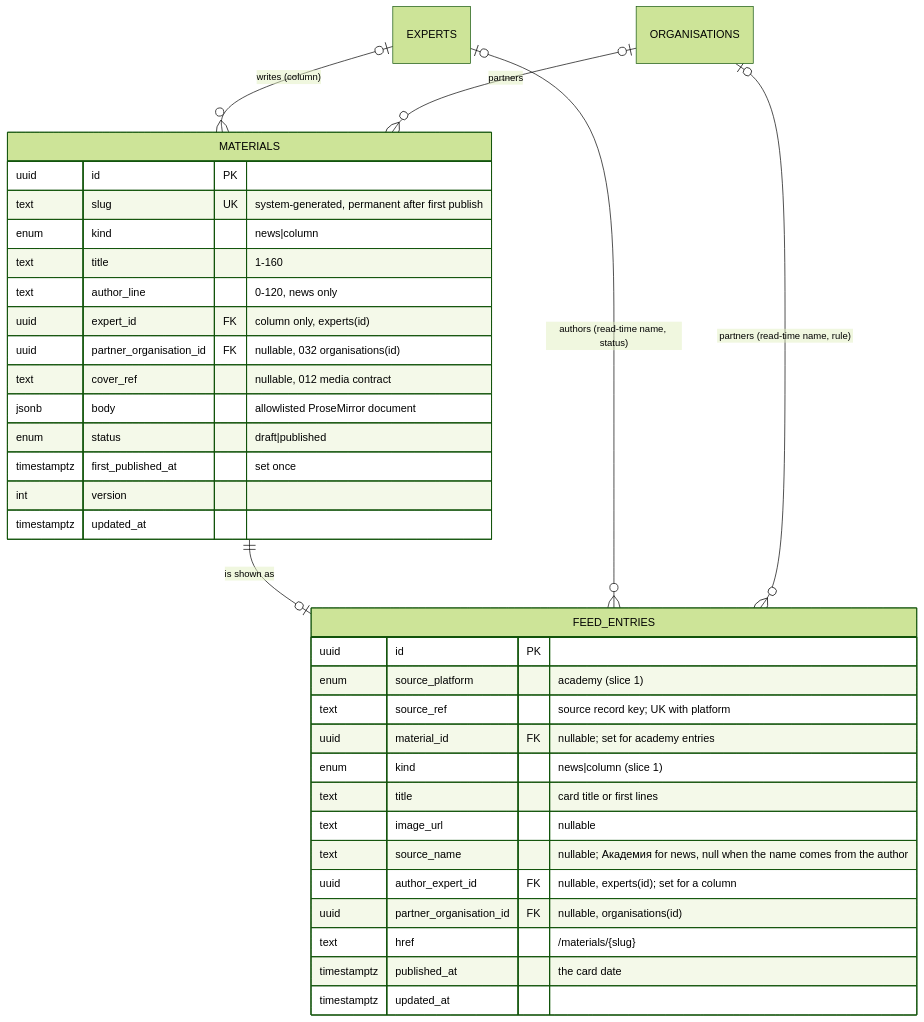
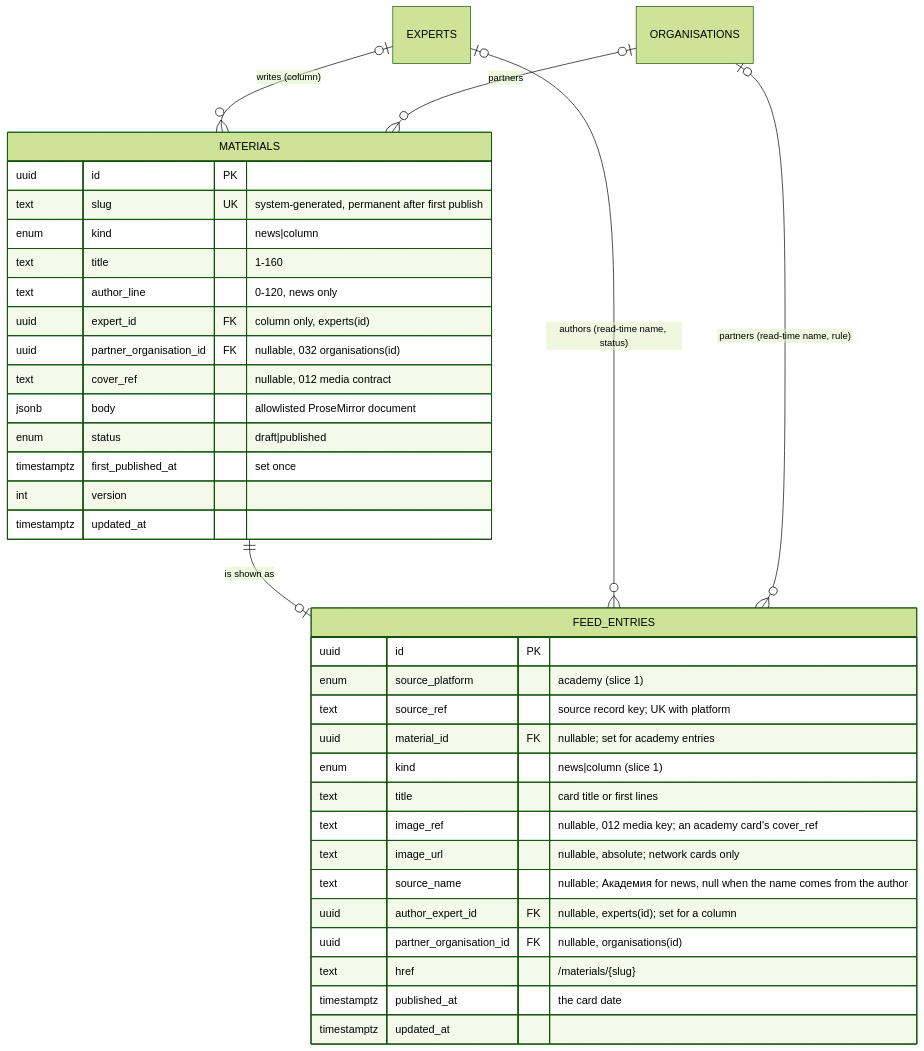
Before and after one commit to doctor-school/ds-platform: the first of 4 diagrams in apps/docs/content/specs/features/048-materials-feed/048-design.md, drawn with Mermaid (forest theme). The commit also changed other lines of this file and 10 other files, not shown here.

First line of the commit message:
fix(3512): feed card image is a durable media key, signed at the read (048 EARS-1, EARS-10)

````diff
--- a/apps/docs/content/specs/features/048-materials-feed/048-design.md
+++ b/apps/docs/content/specs/features/048-materials-feed/048-design.md
@@ -44,38 +44,39 @@
 ```mermaid
 erDiagram
   MATERIALS ||--o| FEED_ENTRIES : "is shown as"
   EXPERTS |o--o{ MATERIALS : "writes (column)"
   ORGANISATIONS |o--o{ MATERIALS : "partners"
   EXPERTS |o--o{ FEED_ENTRIES : "authors (read-time name, status)"
   ORGANISATIONS |o--o{ FEED_ENTRIES : "partners (read-time name, rule)"
   MATERIALS {
     uuid id PK
     text slug UK "system-generated, permanent after first publish"
     enum kind "news|column"
     text title "1-160"
     text author_line "0-120, news only"
     uuid expert_id FK "column only, experts(id)"
     uuid partner_organisation_id FK "nullable, 032 organisations(id)"
     text cover_ref "nullable, 012 media contract"
     jsonb body "allowlisted ProseMirror document"
     enum status "draft|published"
     timestamptz first_published_at "set once"
     int version
     timestamptz updated_at
   }
   FEED_ENTRIES {
     uuid id PK
     enum source_platform "academy (slice 1)"
     text source_ref "source record key; UK with platform"
     uuid material_id FK "nullable; set for academy entries"
     enum kind "news|column (slice 1)"
     text title "card title or first lines"
-    text image_url "nullable"
+    text image_ref "nullable, 012 media key; an academy card's cover_ref"
+    text image_url "nullable, absolute; network cards only"
     text source_name "nullable; Академия for news, null when the name comes from the author"
     uuid author_expert_id FK "nullable, experts(id); set for a column"
     uuid partner_organisation_id FK "nullable, organisations(id)"
     text href "/materials/{slug}"
     timestamptz published_at "the card date"
     timestamptz updated_at
   }
 ```
````
